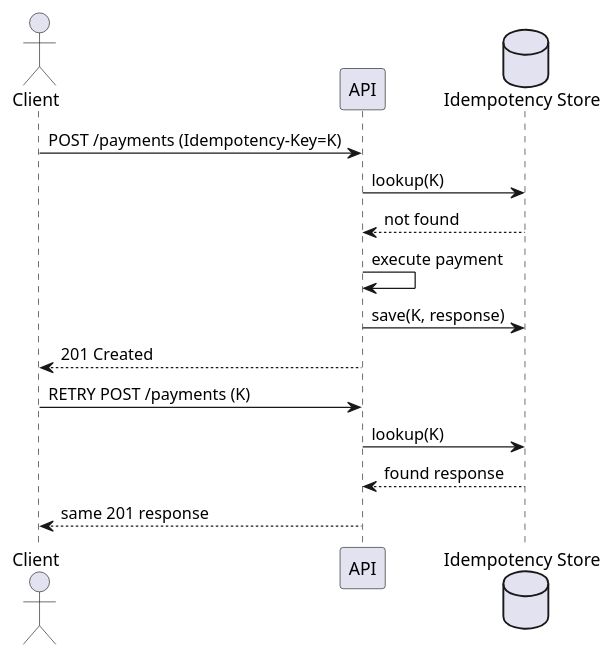
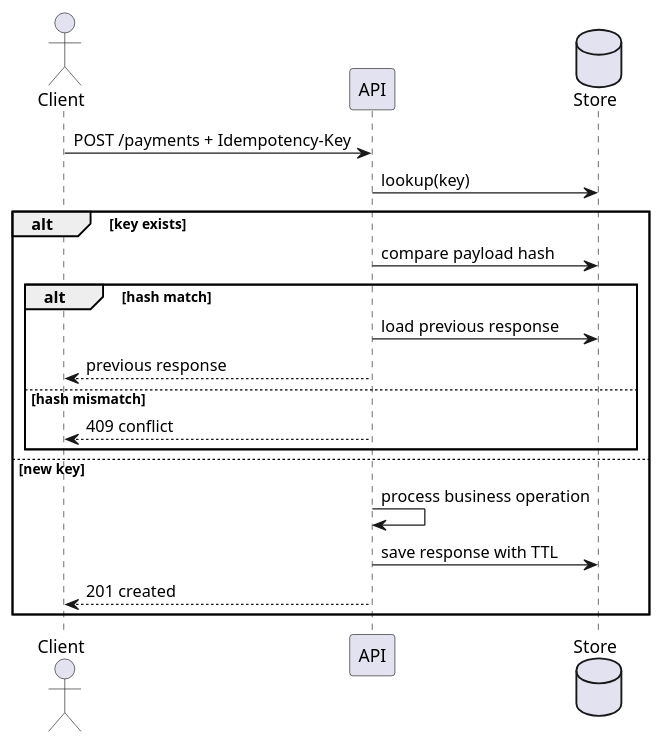
Before and after one commit to iwizy/analyst_kb: the diagram in docs/integrations/api-design/idempotency.md, drawn with PlantUML. The commit also changed other lines of this file and 33 other files, not shown here.

````diff
--- a/docs/integrations/api-design/idempotency.md
+++ b/docs/integrations/api-design/idempotency.md
@@ -40,19 +45,23 @@
 ```kroki-plantuml
 @startuml
 actor Client
 participant API
-database Store as "Idempotency Store"
+database Store
 
-Client -> API: POST /payments (Idempotency-Key=K)
-API -> Store: lookup(K)
-Store --> API: not found
-API -> API: execute payment
-API -> Store: save(K, response)
-API --> Client: 201 Created
-
-Client -> API: RETRY POST /payments (K)
-API -> Store: lookup(K)
-Store --> API: found response
-API --> Client: same 201 response
+Client -> API: POST /payments + Idempotency-Key
+API -> Store: lookup(key)
+alt key exists
+  API -> Store: compare payload hash
+  alt hash match
+    API -> Store: load previous response
+    API --> Client: previous response
+  else hash mismatch
+    API --> Client: 409 conflict
+  end
+else new key
+  API -> API: process business operation
+  API -> Store: save response with TTL
+  API --> Client: 201 created
+end
 @enduml
 ```
````
